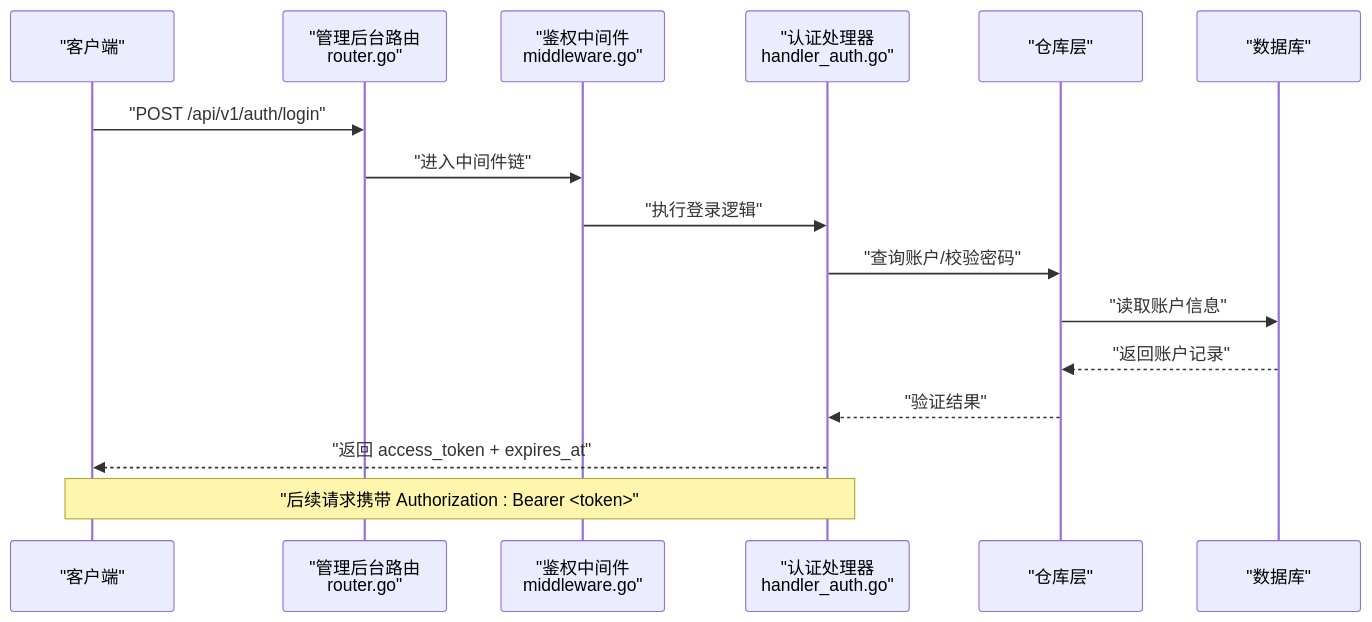
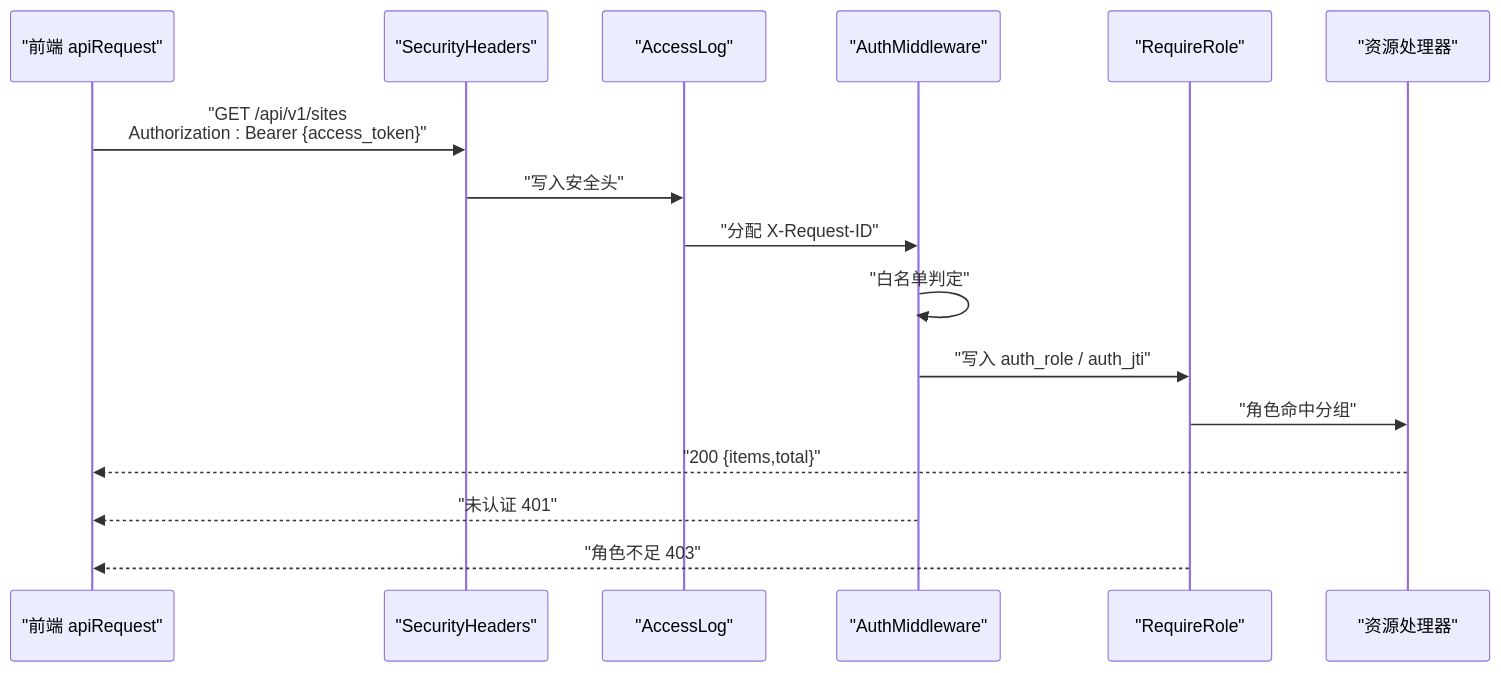
One commit to x01n/My-OpenWaf changed the third of 5 diagrams in docs/管理 API 系统/REST API 设计规范/REST API 设计规范.md. Above: the diagram before and after it, drawn with Mermaid. The commit also changed other lines of this file and 622 other files, not shown here.

````diff
--- a/docs/管理 API 系统/REST API 设计规范/REST API 设计规范.md
+++ b/docs/管理 API 系统/REST API 设计规范/REST API 设计规范.md
@@ -84,18 +164,18 @@
 ```mermaid
 sequenceDiagram
-participant Client as "客户端"
-participant Admin as "管理后台路由<br/>router.go"
-participant MW as "鉴权中间件<br/>middleware.go"
-participant Auth as "认证处理器<br/>handler_auth.go"
-participant Repo as "仓库层"
-participant DB as "数据库"
-Client->>Admin : "POST /api/v1/auth/login"
-Admin->>MW : "进入中间件链"
-MW->>Auth : "执行登录逻辑"
-Auth->>Repo : "查询账户/校验密码"
-Repo->>DB : "读取账户信息"
-DB-->>Repo : "返回账户记录"
-Repo-->>Auth : "验证结果"
-Auth-->>Client : "返回 access_token + expires_at"
-Note over Client,Auth : "后续请求携带 Authorization : Bearer <token>"
+participant FE as "前端 apiRequest"
+participant SH as "SecurityHeaders"
+participant AL as "AccessLog"
+participant AM as "AuthMiddleware"
+participant RR as "RequireRole"
+participant HD as "资源处理器"
+FE->>SH : "GET /api/v1/sites<br/>Authorization : Bearer {access_token}"
+SH->>AL : "写入安全头"
+AL->>AM : "分配 X-Request-ID"
+AM->>AM : "白名单判定"
+AM->>RR : "写入 auth_role / auth_jti"
+RR->>HD : "角色命中分组"
+HD-->>FE : "200 {items,total}"
+AM-->>FE : "未认证 401"
+RR-->>FE : "角色不足 403"
 ```
````
